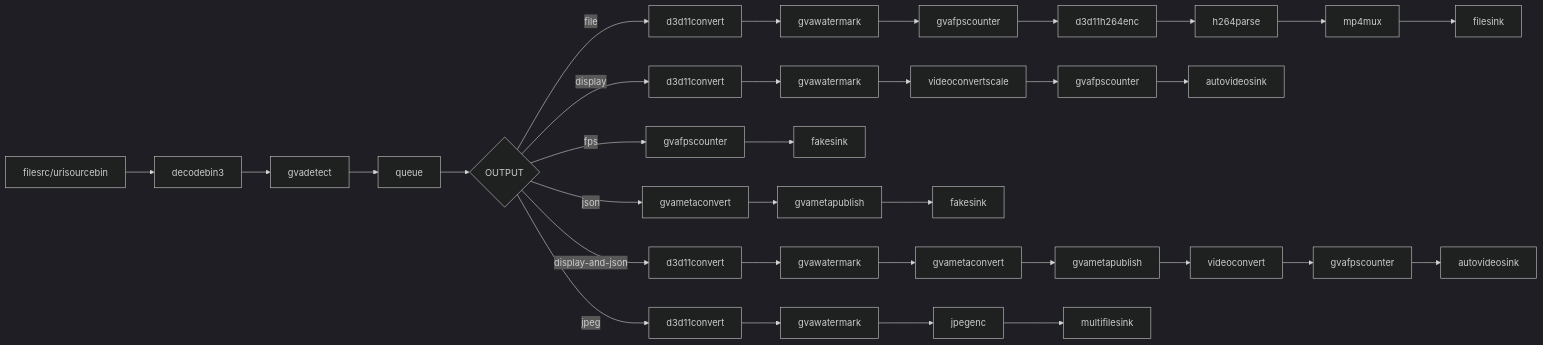
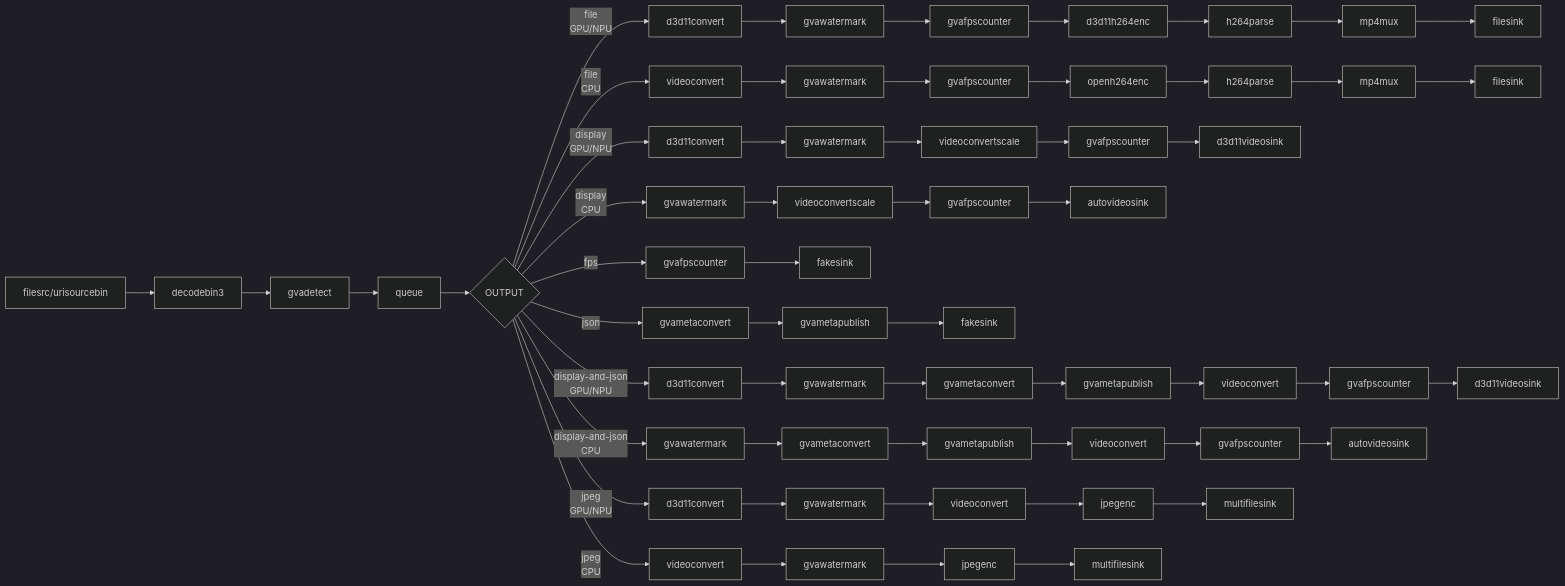
Before and after one commit to open-edge-platform/dlstreamer: the diagram in samples/windows/gstreamer/gst_launch/instance_segmentation/README.md, drawn with Mermaid (dark theme). The commit also changed other lines of this file and 8 other files, not shown here.

````diff
--- a/samples/windows/gstreamer/gst_launch/instance_segmentation/README.md
+++ b/samples/windows/gstreamer/gst_launch/instance_segmentation/README.md
@@ -105,41 +107,67 @@
 ```mermaid
 graph LR
     A[filesrc/urisourcebin] --> B[decodebin3]
     B --> C[gvadetect]
     C --> D[queue]
     D --> E{OUTPUT}
     
-    E -->|file| F1[d3d11convert]
+    E -->|file<br/>GPU/NPU| F1[d3d11convert]
     F1 --> F2[gvawatermark]
     F2 --> F3[gvafpscounter]
     F3 --> F4[d3d11h264enc]
     F4 --> F5[h264parse]
     F5 --> F6[mp4mux]
     F6 --> F7[filesink]
     
-    E -->|display| G1[d3d11convert]
+    E -->|file<br/>CPU| F1C[videoconvert]
+    F1C --> F2C[gvawatermark]
+    F2C --> F3C[gvafpscounter]
+    F3C --> F4C[openh264enc]
+    F4C --> F5C[h264parse]
+    F5C --> F6C[mp4mux]
+    F6C --> F7C[filesink]
+    
+    E -->|display<br/>GPU/NPU| G1[d3d11convert]
     G1 --> G2[gvawatermark]
     G2 --> G3[videoconvertscale]
     G3 --> G4[gvafpscounter]
-    G4 --> G5[autovideosink]
+    G4 --> G5[d3d11videosink]
+    
+    E -->|display<br/>CPU| G1C[gvawatermark]
+    G1C --> G2C[videoconvertscale]
+    G2C --> G3C[gvafpscounter]
+    G3C --> G4C[autovideosink]
     
     E -->|fps| H1[gvafpscounter]
     H1 --> H2[fakesink]
     
     E -->|json| I1[gvametaconvert]
     I1 --> I2[gvametapublish]
     I2 --> I3[fakesink]
     
-    E -->|display-and-json| J1[d3d11convert]
+    E -->|display-and-json<br/>GPU/NPU| J1[d3d11convert]
     J1 --> J2[gvawatermark]
     J2 --> J3[gvametaconvert]
     J3 --> J4[gvametapublish]
     J4 --> J5[videoconvert]
     J5 --> J6[gvafpscounter]
-    J6 --> J7[autovideosink]
+    J6 --> J7[d3d11videosink]
     
-    E -->|jpeg| K1[d3d11convert]
+    E -->|display-and-json<br/>CPU| J1C[gvawatermark]
+    J1C --> J2C[gvametaconvert]
+    J2C --> J3C[gvametapublish]
+    J3C --> J4C[videoconvert]
+    J4C --> J5C[gvafpscounter]
+    J5C --> J6C[autovideosink]
+    
+    E -->|jpeg<br/>GPU/NPU| K1[d3d11convert]
     K1 --> K2[gvawatermark]
-    K2 --> K3[jpegenc]
-    K3 --> K4[multifilesink]
+    K2 --> K3[videoconvert]
+    K3 --> K4[jpegenc]
+    K4 --> K5[multifilesink]
+    
+    E -->|jpeg<br/>CPU| K1C[videoconvert]
+    K1C --> K2C[gvawatermark]
+    K2C --> K3C[jpegenc]
+    K3C --> K4C[multifilesink]
 ```
````
